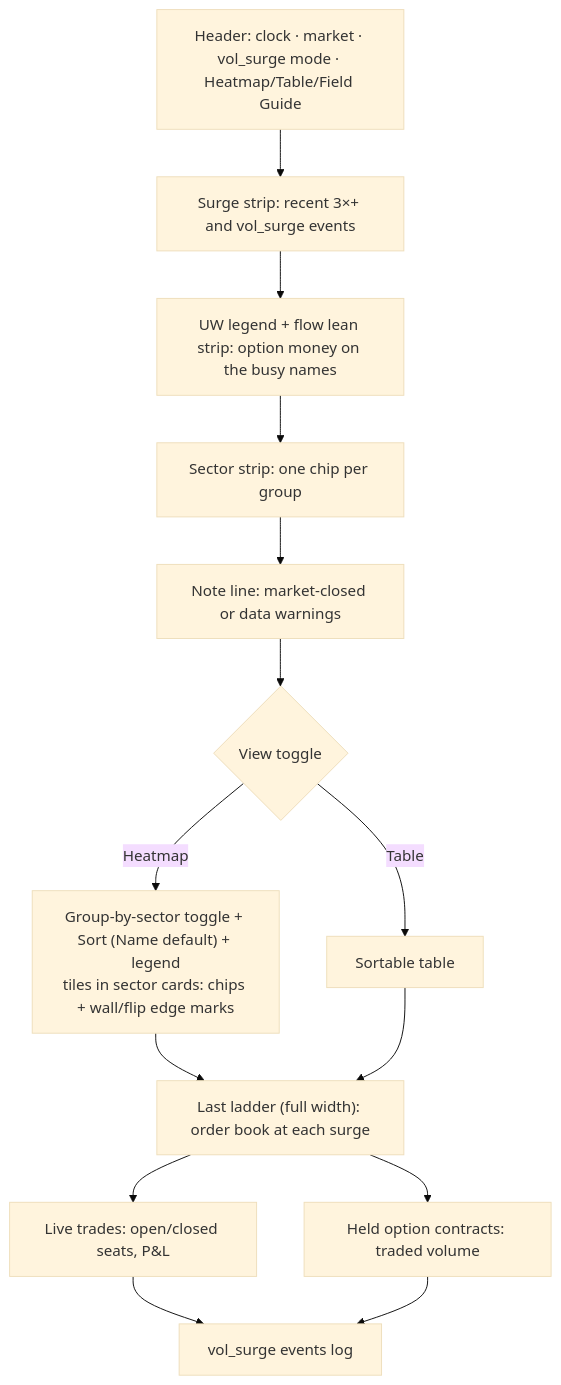
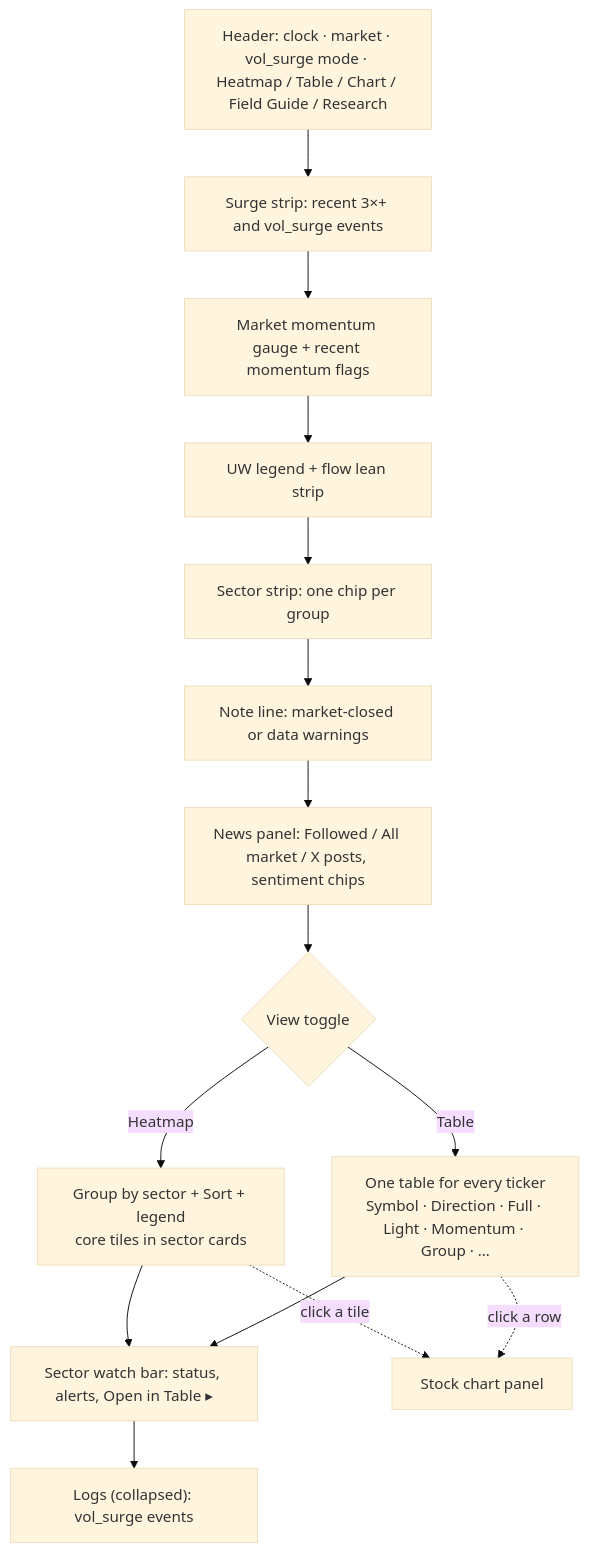
One commit to jeffbazar/oid-trading-desk changed the first of 2 diagrams in mini-oid-collector/oid-live-page/guide/docs/README.md. Above: the diagram before and after it, drawn with Mermaid (base theme). The commit also changed other lines of this file and 26 other files, not shown here.

````diff
--- a/mini-oid-collector/oid-live-page/guide/docs/README.md
+++ b/mini-oid-collector/oid-live-page/guide/docs/README.md
@@ -15,16 +17,17 @@
 ```mermaid
 flowchart TD
-  H["Header: clock · market · vol_surge mode · Heatmap/Table/Field Guide"] --> S["Surge strip: recent 3×+ and vol_surge events"]
-  S --> L["UW legend + flow lean strip: option money on the busy names"]
+  H["Header: clock · market · vol_surge mode · Heatmap / Table / Chart / Field Guide / Research"] --> S["Surge strip: recent 3×+ and vol_surge events"]
+  S --> M["Market momentum gauge + recent momentum flags"]
+  M --> L["UW legend + flow lean strip"]
   L --> SS["Sector strip: one chip per group"]
   SS --> N["Note line: market-closed or data warnings"]
-  N --> V{"View toggle"}
-  V -->|Heatmap| G["Group-by-sector toggle + Sort (Name default) + legend<br/>tiles in sector cards: chips + wall/flip edge marks"]
-  V -->|Table| T["Sortable table"]
-  G --> LAD["Last ladder (full width): order book at each surge"]
-  T --> LAD
-  LAD --> TR["Live trades: open/closed seats, P&L"]
-  LAD --> OPT["Held option contracts: traded volume"]
-  TR --> VSE["vol_surge events log"]
-  OPT --> VSE
+  N --> NEWS["News panel: Followed / All market / X posts, sentiment chips"]
+  NEWS --> V{"View toggle"}
+  V -->|Heatmap| G["Group by sector + Sort + legend<br/>core tiles in sector cards"]
+  V -->|Table| T["One table for every ticker<br/>Symbol · Direction · Full · Light · Momentum · Group · …"]
+  G --> W["Sector watch bar: status, alerts, Open in Table ▸"]
+  T --> W
+  W --> LOG["Logs (collapsed): vol_surge events"]
+  G -.click a tile.-> CH["Stock chart panel"]
+  T -.click a row.-> CH
 ```
````
